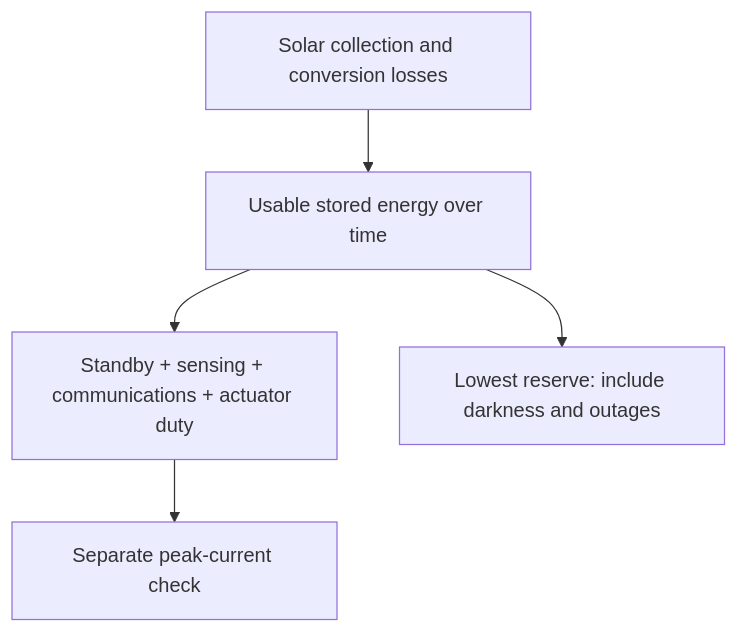
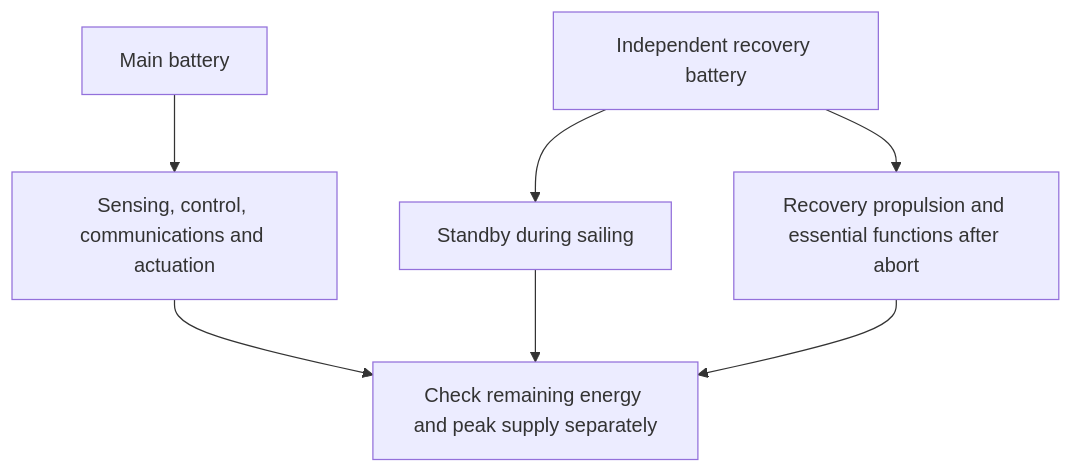
The diagram in docs/energy.md (DavidIngraham/sv-blue-dog), drawn with Mermaid before and after one commit. The commit also changed other lines of this file and 20 other files, not shown here.

````diff
--- a/docs/energy.md
+++ b/docs/energy.md
@@ -93,9 +112,11 @@
 ```mermaid
 flowchart TB
-    accTitle: Energy through the mission
-    accDescr: Solar collection charges usable storage through conversion losses. Storage supplies standby and active loads. The chronological calculation checks the lowest reserve, while a separate check assesses peak demand.
-    sun["Solar collection and conversion losses"] --> battery["Usable stored energy over time"]
-    battery --> loads["Standby + sensing + communications + actuator duty"]
-    battery --> reserve["Lowest reserve: include darkness and outages"]
-    loads --> peak["Separate peak-current check"]
+    accTitle: IC-01 main and independent recovery energy accounts
+    accDescr: The main battery supplies sailing functions. The independent recovery battery supplies standby during sailing and propulsion plus essential functions after abort. Remaining energy and peak supply are checked separately.
+    main["Main battery"] --> sailing["Sensing, control, communications and actuation"]
+    recovery["Independent recovery battery"] --> standby["Standby during sailing"]
+    recovery --> active["Recovery propulsion and essential functions after abort"]
+    sailing --> check["Check remaining energy and peak supply separately"]
+    standby --> check
+    active --> check
 ```
````
